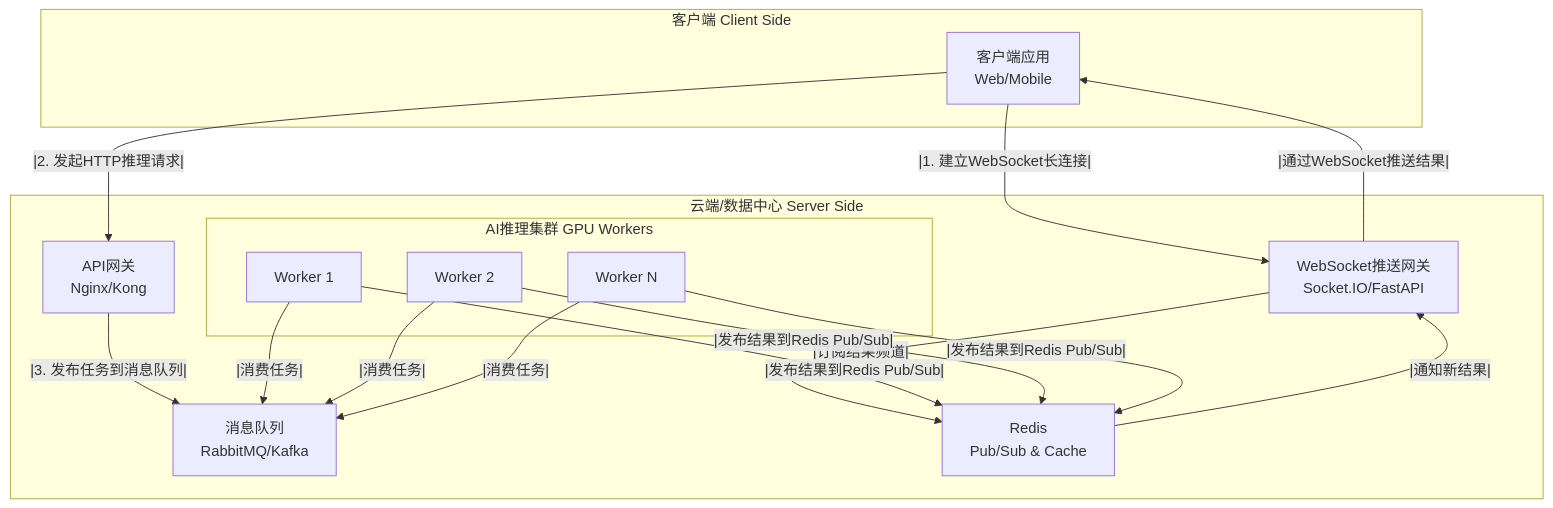
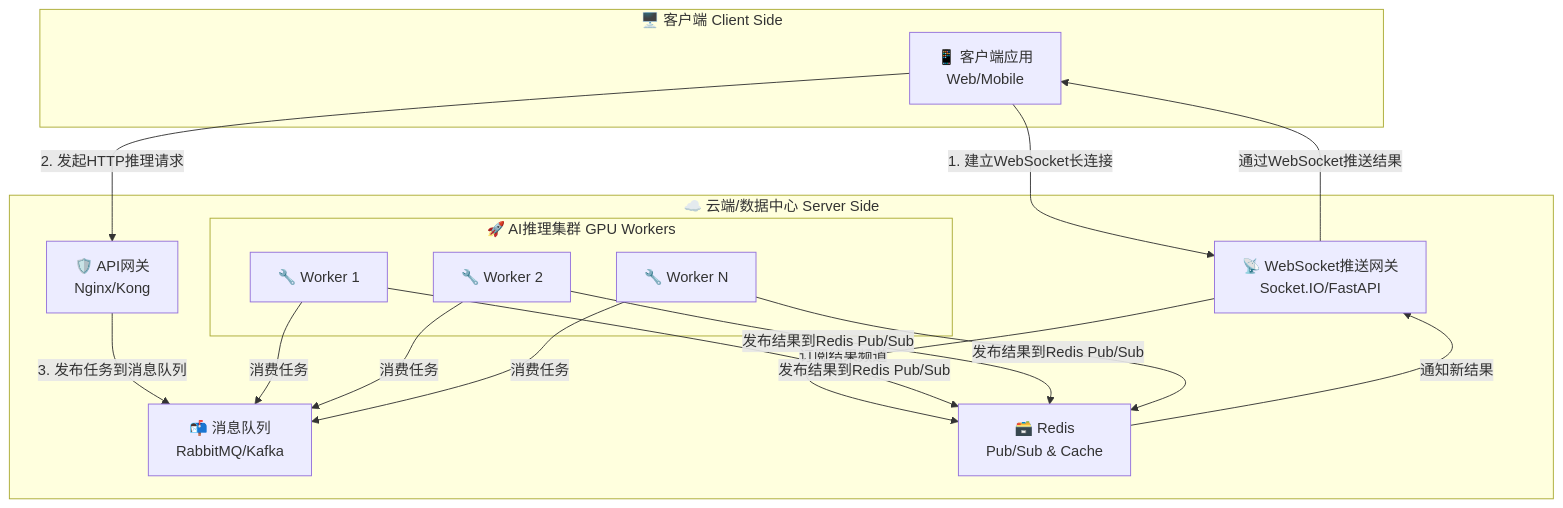
One commit to lsm1103/mlog changed the second of 3 diagrams in src/md/分布式AI实时推理平台技术方案.md. Above: the diagram before and after it, drawn with Mermaid. The commit also changed 14 other files, not shown here.

````diff
--- a/src/md/分布式AI实时推理平台技术方案.md
+++ b/src/md/分布式AI实时推理平台技术方案.md
@@ -217,32 +217,32 @@
 ```mermaid
 graph TD
-    subgraph 客户端 Client Side
-        Client[<fa:fa-user> 客户端应用<br> Web/Mobile]
+    subgraph 客户端["🖥️ 客户端 Client Side"]
+        Client["📱 客户端应用<br/>Web/Mobile"]
     end
 
-    subgraph 云端/数据中心 Server Side
-        API_GW[<fa:fa-shield> API网关<br> Nginx/Kong]
-        Push_GW[<fa:fa-tower> WebSocket推送网关<br> Socket.IO/FastAPI]
-        MQ[<fa:fa-exchange> 消息队列<br> RabbitMQ/Kafka]
-        Redis[<fa:fa-database> Redis<br> Pub/Sub & Cache]
+    subgraph 云端["☁️ 云端/数据中心 Server Side"]
+        API_GW["🛡️ API网关<br/>Nginx/Kong"]
+        Push_GW["📡 WebSocket推送网关<br/>Socket.IO/FastAPI"]
+        MQ["📬 消息队列<br/>RabbitMQ/Kafka"]
+        Redis["🗃️ Redis<br/>Pub/Sub & Cache"]
         
-        subgraph AI推理集群 GPU Workers
-            W1[<fa:fa-microchip> Worker 1]
-            W2[<fa:fa-microchip> Worker 2]
-            W3[<fa:fa-microchip> Worker N]
+        subgraph GPU["🚀 AI推理集群 GPU Workers"]
+            W1["🔧 Worker 1"]
+            W2["🔧 Worker 2"]
+            W3["🔧 Worker N"]
         end
     end
 
-    Client -- |1. 建立WebSocket长连接| --> Push_GW
-    Client -- |2. 发起HTTP推理请求| --> API_GW
-    API_GW -- |3. 发布任务到消息队列| --> MQ
-    Push_GW -- |订阅结果频道| --> Redis
-    W1 -- |消费任务| --> MQ
-    W2 -- |消费任务| --> MQ
-    W3 -- |消费任务| --> MQ
-    W1 -- |发布结果到Redis Pub/Sub| --> Redis
-    W2 -- |发布结果到Redis Pub/Sub| --> Redis
-    W3 -- |发布结果到Redis Pub/Sub| --> Redis
-    Redis -- |通知新结果| --> Push_GW
-    Push_GW -- |通过WebSocket推送结果| --> Client
+    Client -->|1. 建立WebSocket长连接| Push_GW
+    Client -->|2. 发起HTTP推理请求| API_GW
+    API_GW -->|3. 发布任务到消息队列| MQ
+    Push_GW -->|订阅结果频道| Redis
+    W1 -->|消费任务| MQ
+    W2 -->|消费任务| MQ
+    W3 -->|消费任务| MQ
+    W1 -->|发布结果到Redis Pub/Sub| Redis
+    W2 -->|发布结果到Redis Pub/Sub| Redis
+    W3 -->|发布结果到Redis Pub/Sub| Redis
+    Redis -->|通知新结果| Push_GW
+    Push_GW -->|通过WebSocket推送结果| Client
 ```
````
